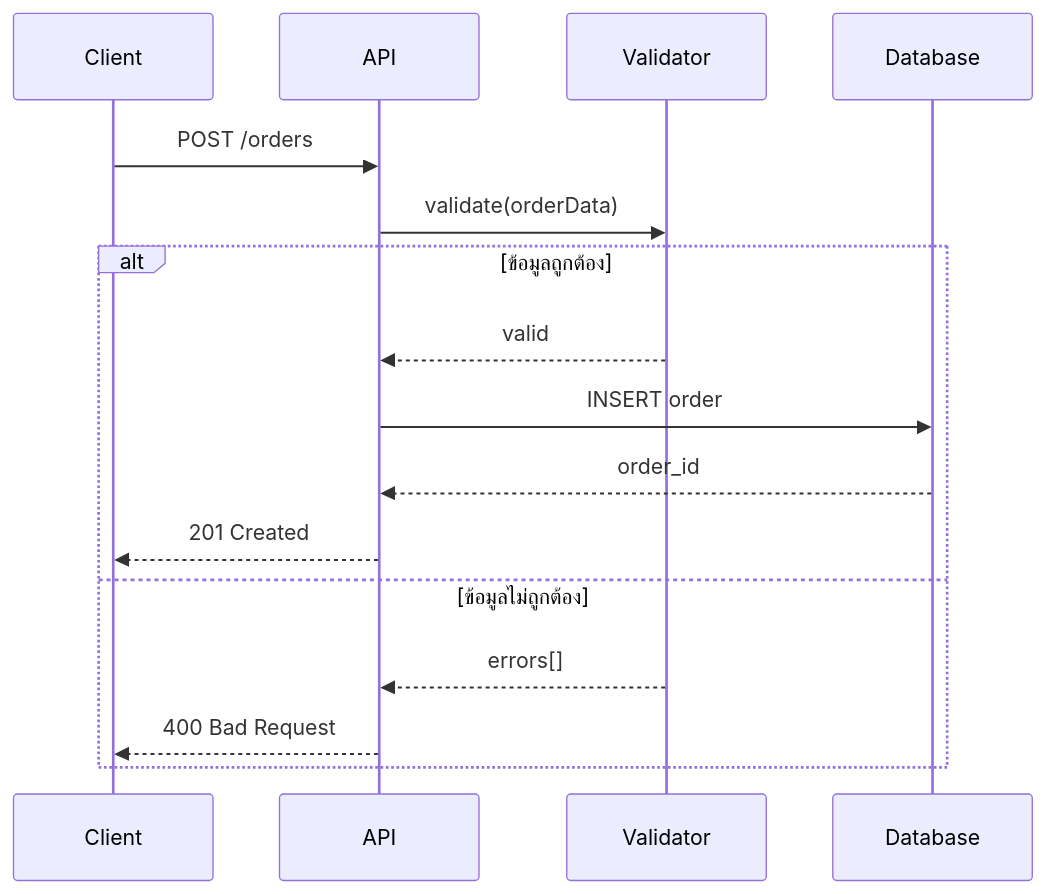
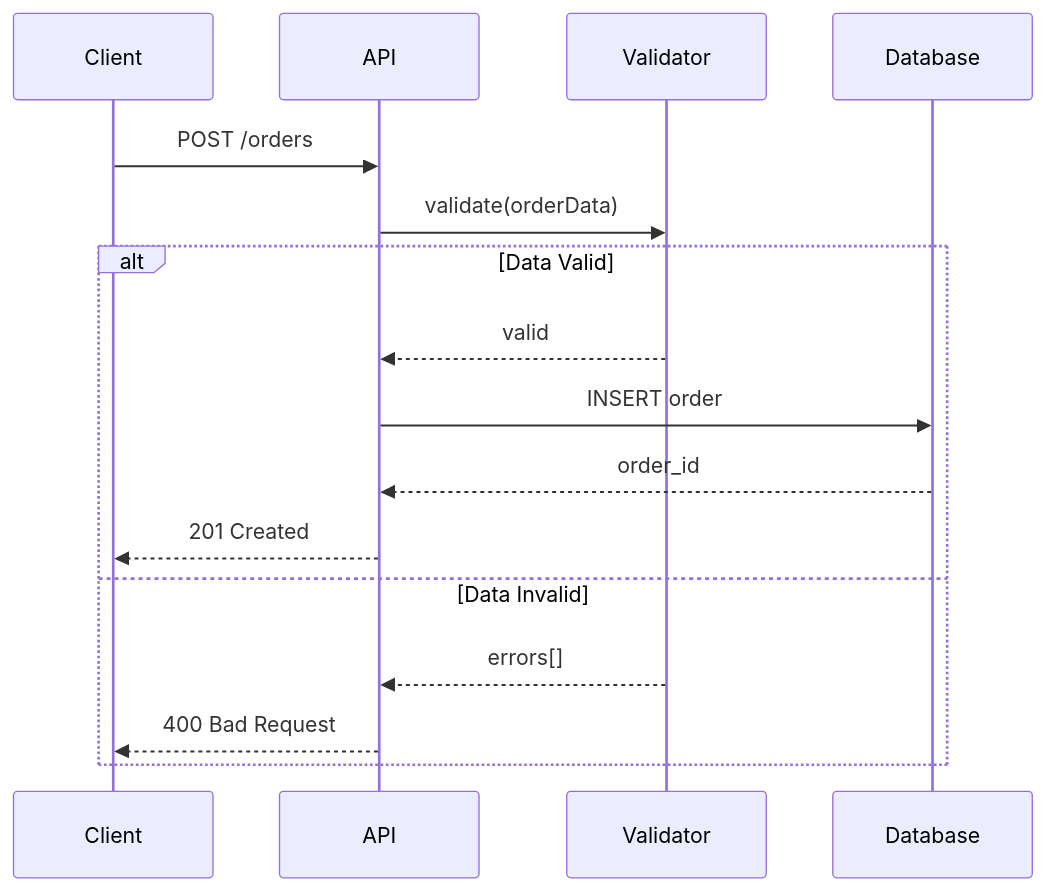
The eighth of 13 diagrams in plugins/system-design-doc/commands/create-diagram.md (mounchons/AgentMarketPlace), drawn with Mermaid before and after one commit. The commit also changed other lines of this file and 51 other files, not shown here.

````diff
--- a/plugins/system-design-doc/commands/create-diagram.md
+++ b/plugins/system-design-doc/commands/create-diagram.md
@@ -205,19 +205,19 @@
 ```mermaid
 sequenceDiagram
     participant C as Client
     participant A as API
     participant V as Validator
     participant DB as Database
 
     C->>A: POST /orders
     A->>V: validate(orderData)
-    alt ข้อมูลถูกต้อง
+    alt Data Valid
         V-->>A: valid
         A->>DB: INSERT order
         DB-->>A: order_id
         A-->>C: 201 Created
-    else ข้อมูลไม่ถูกต้อง
+    else Data Invalid
         V-->>A: errors[]
         A-->>C: 400 Bad Request
     end
 ```
````
